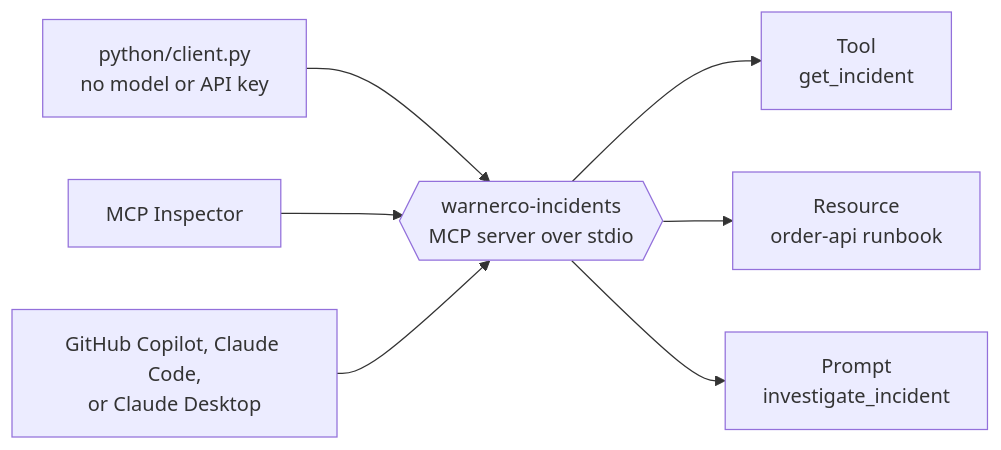
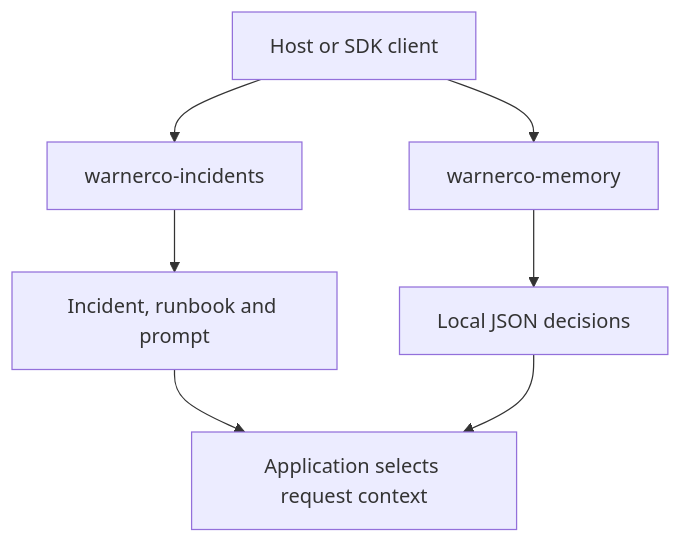
One commit to timothywarner-org/context-engineering-with-mcp changed the diagram in README.md. Above: the diagram before and after it, drawn with Mermaid. The commit also changed other lines of this file and 12 other files, not shown here.

````diff
--- a/README.md
+++ b/README.md
@@ -75,10 +87,9 @@
 ```mermaid
-flowchart LR
-    PY["python/client.py<br/>no model or API key"] --> S
-    INS["MCP Inspector"] --> S
-    HOST["GitHub Copilot, Claude Code,<br/>or Claude Desktop"] --> S
-    S{{"warnerco-incidents<br/>MCP server over stdio"}}
-    S --> T["Tool<br/>get_incident"]
-    S --> R["Resource<br/>order-api runbook"]
-    S --> P["Prompt<br/>investigate_incident"]
+flowchart TD
+    C["Host or SDK client"] --> I["warnerco-incidents"]
+    C --> M["warnerco-memory"]
+    I --> F["Incident, runbook and prompt"]
+    M --> J["Local JSON decisions"]
+    F --> A["Application selects request context"]
+    J --> A
 ```
````
